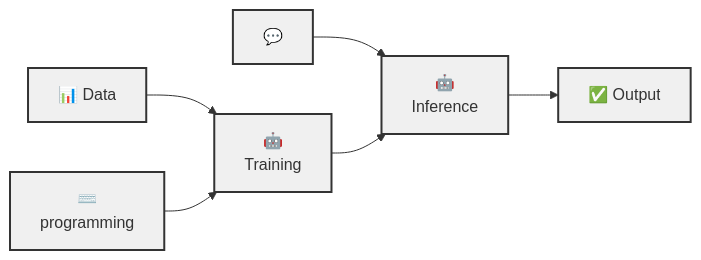
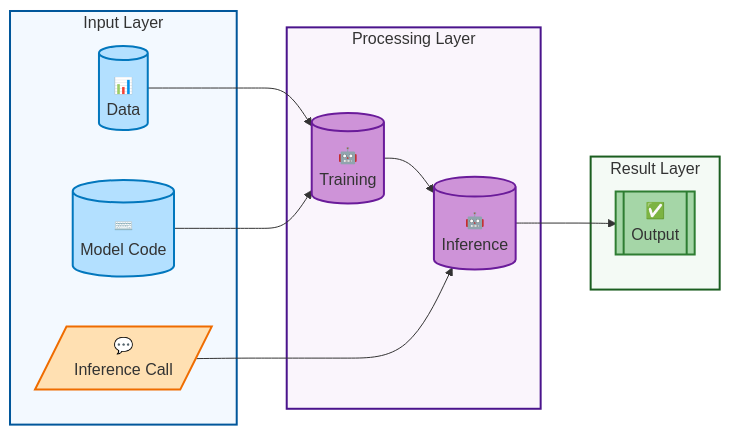
Before and after one commit to ianderrington/genai: the second of 2 diagrams in docs/Understanding/overview/index.md, drawn with Mermaid. The commit also changed other lines of this file and 5 other files, not shown here.

````diff
--- a/docs/Understanding/overview/index.md
+++ b/docs/Understanding/overview/index.md
@@ -62,18 +97,39 @@
 ```mermaid
-graph LR;
+graph LR
+    subgraph Input ["Input Layer"]
+        Data[("📊<br>Data")]
+        Program[("⌨️<br>Model Code")]
+        Call[/"💬<br>Inference Call"/]
+    end
     
-    Call[💬] --> Calc2
-    Data[📊 Data] --> Calc1[🤖<br> Training]
-    Program[⌨️ <br> programming] --> Calc1
-    %% Training[🏋️ Training] --> Calc1
-    Calc1 --> Calc2[🤖 <br> Inference]
-    Calc2 --> Output[✅ Output]
-
-    style Data fill:#f0f0f0, stroke:#333, stroke-width:2px
-    style Call fill:#f0f0f0, stroke:#333, stroke-width:2px
-    style Program fill:#f0f0f0, stroke:#333, stroke-width:2px
-    style Calc1 fill:#f0f0f0, stroke:#333, stroke-width:2px
-    style Program fill:#f0f0f0, stroke:#333, stroke-width:2px
-    style Calc2 fill:#f0f0f0, stroke:#333, stroke-width:2px
-    style Output fill:#f0f0f0, stroke:#333, stroke-width:2px
+    subgraph Processing ["Processing Layer"]
+        Calc1[("🤖<br>Training")]
+        Calc2[("🤖<br>Inference")]
+    end
+    
+    subgraph Result ["Result Layer"]
+        Output[["✅<br>Output"]]
+    end
+    
+    Data --> Calc1
+    Program --> Calc1
+    Calc1 --> Calc2
+    Call --> Calc2
+    Calc2 --> Output
+    
+    classDef input fill:#b3e0ff,stroke:#0277bd,stroke-width:2px
+    classDef funcCall fill:#ffe0b2,stroke:#ef6c00,stroke-width:2px
+    classDef process fill:#ce93d8,stroke:#6a1b9a,stroke-width:2px
+    classDef result fill:#a5d6a7,stroke:#2e7d32,stroke-width:2px
+    classDef inputBg fill:#f3f9ff,stroke:#01579b,stroke-width:2px
+    classDef processBg fill:#faf5fc,stroke:#4a148c,stroke-width:2px
+    classDef resultBg fill:#f4faf5,stroke:#1b5e20,stroke-width:2px
+    
+    class Data,Program input
+    class Call funcCall
+    class Calc1,Calc2 process
+    class Output result
+    class Input inputBg
+    class Processing processBg
+    class Result resultBg
 ```
````
